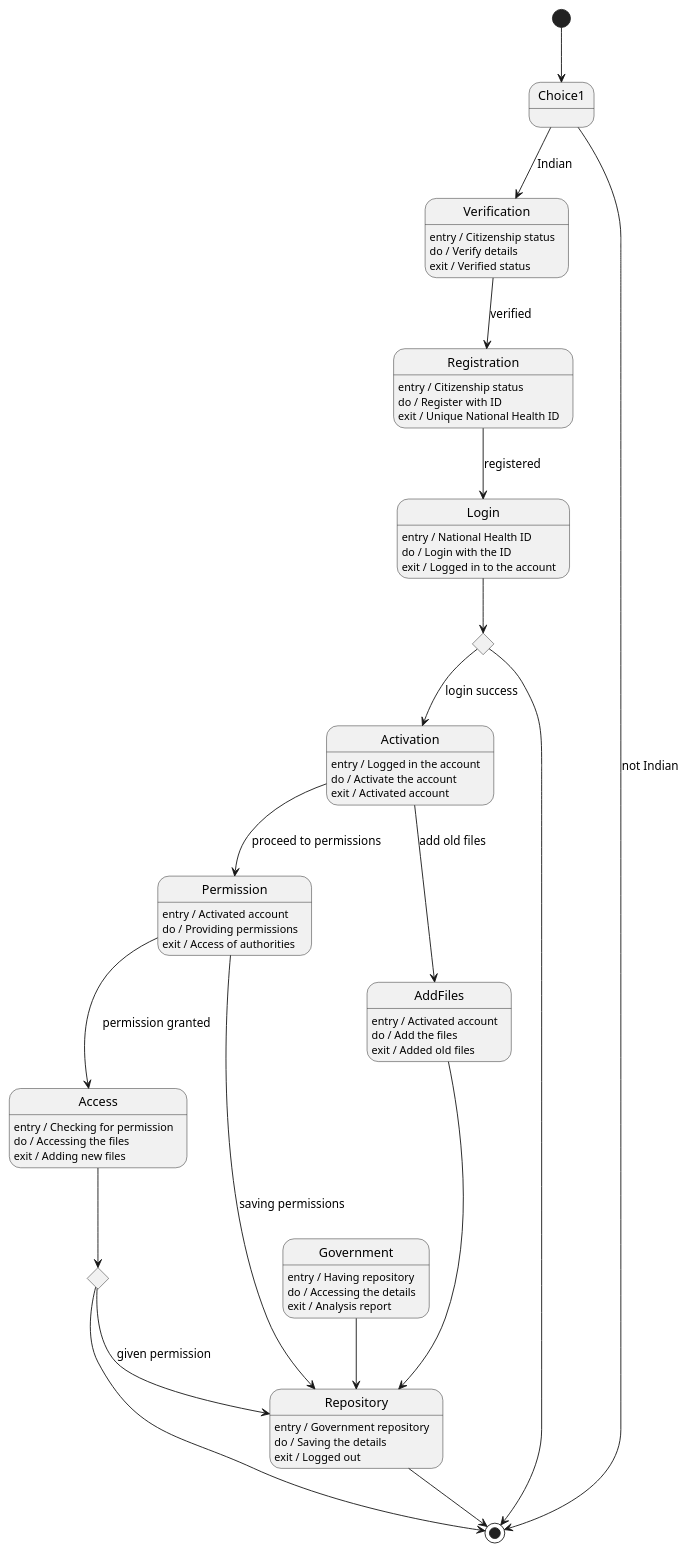
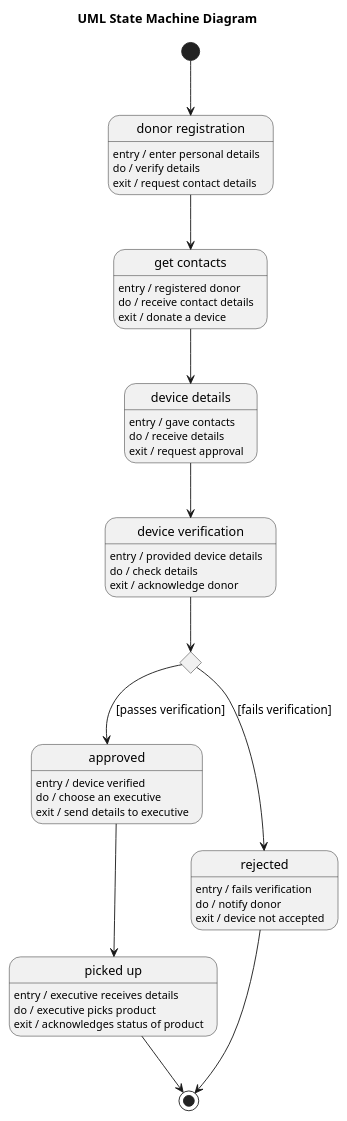
Before and after one commit to maimunafaria/State_transition_Diagram_generated_by_LLM: the diagram in dataset/case_10_device_handout/diagram.puml, drawn with PlantUML. The commit also changed 55 other files, not shown here.

```diff
--- a/dataset/case_10_device_handout/diagram.puml
+++ b/dataset/case_10_device_handout/diagram.puml
@@ -1,70 +1,56 @@
 @startuml
+title UML State Machine Diagram
 
-[*] --> Choice1
-state Choice1 <<choice>>
-state Choice2 <<choice>>
-state Choice3 <<choice>>
-Choice1 --> Verification : Indian
-Choice1 --> [*] : not Indian
+[*] --> DonorRegistration
 
-Verification : entry / Citizenship status
-Verification : do / Verify details
-Verification : exit / Verified status
+state "donor registration" as DonorRegistration
+DonorRegistration : entry / enter personal details
+DonorRegistration : do / verify details
+DonorRegistration : exit / request contact details
 
-Verification --> Registration : verified
+state "get contacts" as GetContacts
+GetContacts : entry / registered donor
+GetContacts : do / receive contact details
+GetContacts : exit / donate a device
 
-Registration : entry / Citizenship status
-Registration : do / Register with ID
-Registration : exit / Unique National Health ID
+state "device details" as DeviceDetails
+DeviceDetails : entry / gave contacts
+DeviceDetails : do / receive details
+DeviceDetails : exit / request approval
 
-Registration --> Login : registered
+state "device verification" as DeviceVerification
+DeviceVerification : entry / provided device details
+DeviceVerification : do / check details
+DeviceVerification : exit / acknowledge donor
 
-Login : entry / National Health ID
-Login : do / Login with the ID
-Login : exit / Logged in to the account
+state Decision <<choice>>
 
-Login --> Choice2 
-Choice2 --> Activation : login success
-Choice2 --> [*] 
-Activation : entry / Logged in the account
-Activation : do / Activate the account
-Activation : exit / Activated account
+state approved
+approved : entry / device verified
+approved : do / choose an executive
+approved : exit / send details to executive
 
-Activation --> AddFiles : add old files
-Activation --> Permission : proceed to permissions
+state rejected
+rejected : entry / fails verification
+rejected : do / notify donor
+rejected : exit / device not accepted
 
-AddFiles : entry / Activated account
-AddFiles : do / Add the files
-AddFiles : exit / Added old files
+state "picked up" as PickedUp
+PickedUp : entry / executive receives details
+PickedUp : do / executive picks product
+PickedUp : exit / acknowledges status of product
 
-AddFiles --> Repository
+DonorRegistration --> GetContacts
+GetContacts --> DeviceDetails
+DeviceDetails --> DeviceVerification
+DeviceVerification --> Decision
 
-Permission : entry / Activated account
-Permission : do / Providing permissions
-Permission : exit / Access of authorities
+Decision --> approved : [passes verification]
+Decision --> rejected : [fails verification]
 
-Permission --> Access : permission granted
-Permission --> Repository : saving permissions
+approved --> PickedUp
 
-Access : entry / Checking for permission
-Access : do / Accessing the files
-Access : exit / Adding new files
-
-Access --> Choice3 
-Choice3 --> Repository : given permission
-Choice3 --> [*] 
-
-
-Government : entry / Having repository
-Government : do / Accessing the details
-Government : exit / Analysis report
-
-Government --> Repository
-
-Repository : entry / Government repository
-Repository : do / Saving the details
-Repository : exit / Logged out
-
-Repository --> [*]
+PickedUp --> [*]
+rejected --> [*]
 
 @enduml
```
